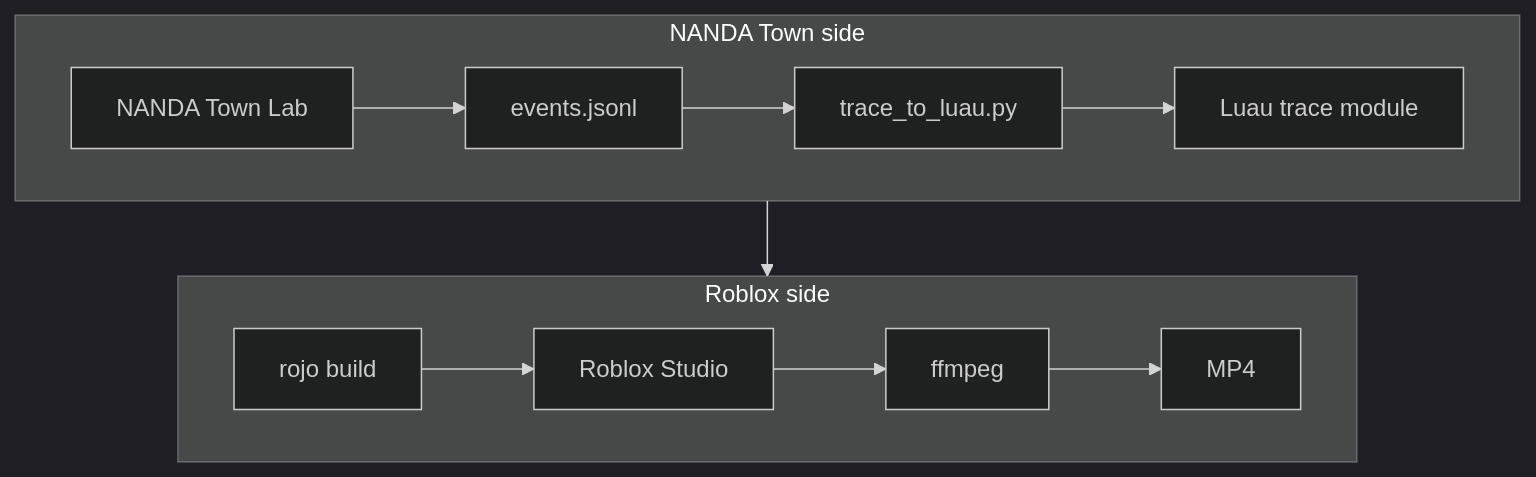
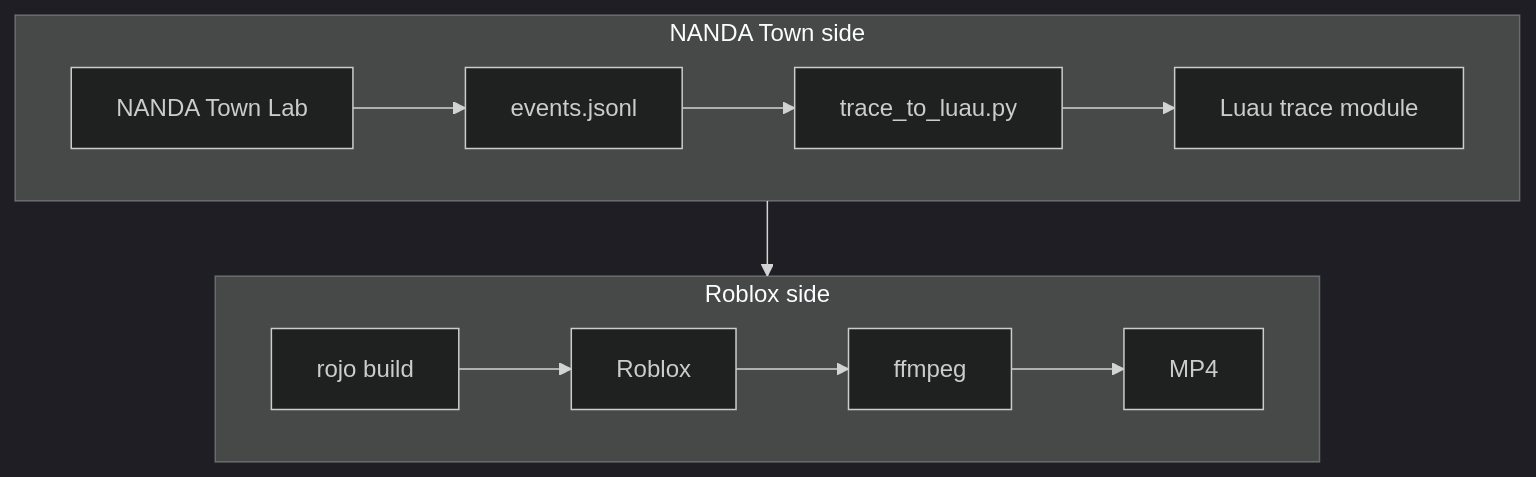
The diagram in site/pipeline.mmd (ikram-shah/nandablox), drawn with Mermaid (dark theme) before and after one commit. The commit also changed 7 other files, not shown here.

Commit message:
site: the Sober take (native 1080p) replaces the Studio take; chart offset recalibrated to 4.4 s; new unlisted YouTube copy; pipeline says Roblox, not Studio; og image from the new poster

```diff
--- a/site/pipeline.mmd
+++ b/site/pipeline.mmd
@@ -1,12 +1,12 @@
 %% Source for pipeline.svg. Re-render (mermaid-cli 11, headless Chrome):
 %%   mmdc -i pipeline.mmd -o pipeline.svg -c pipeline.config.json -b transparent
 flowchart TB
   subgraph sim ["NANDA Town side"]
     direction LR
     A["NANDA Town Lab"] --> B["events.jsonl"] --> C["trace_to_luau.py"] --> D["Luau trace module"]
   end
   subgraph rbx ["Roblox side"]
     direction LR
-    E["rojo build"] --> F["Roblox Studio"] --> G["ffmpeg"] --> H["MP4"]
+    E["rojo build"] --> F["Roblox"] --> G["ffmpeg"] --> H["MP4"]
   end
   sim --> rbx
```
